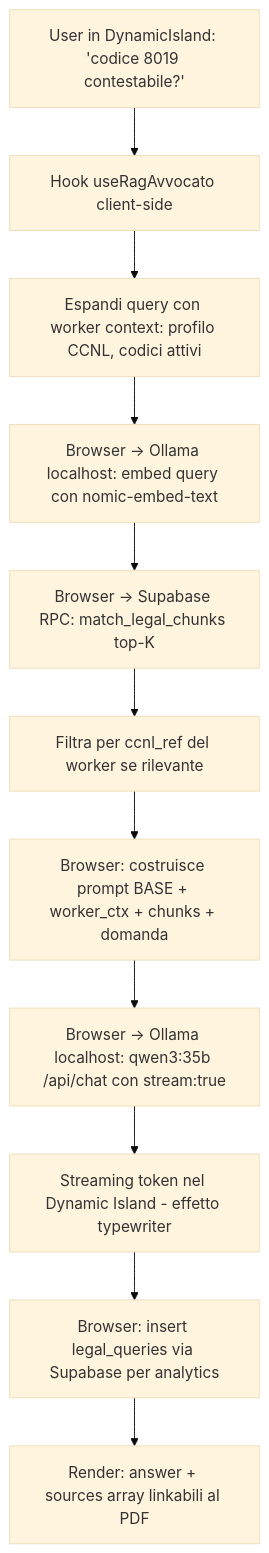
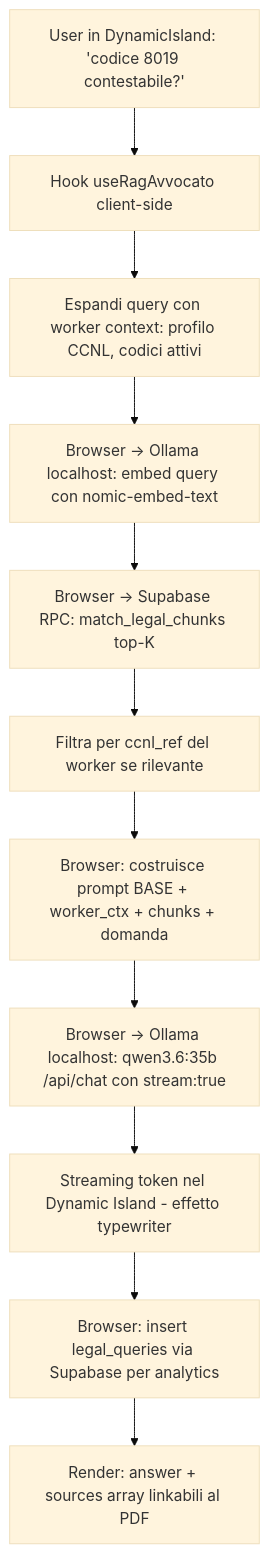
One commit to francescopiomirizzi-max/payslip-scanner changed the third of 3 diagrams in tasks/rag-architecture.md. Above: the diagram before and after it, drawn with Mermaid (base theme). The commit also changed other lines of this file and 19 other files, not shown here.

````diff
--- a/tasks/rag-architecture.md
+++ b/tasks/rag-architecture.md
@@ -377,13 +377,13 @@
 ```mermaid
 flowchart TD
     A[User in DynamicIsland: 'codice 8019 contestabile?'] --> B[Hook useRagAvvocato client-side]
     B --> C[Espandi query con worker context: profilo CCNL, codici attivi]
     C --> D[Browser → Ollama localhost: embed query con nomic-embed-text]
     D --> E[Browser → Supabase RPC: match_legal_chunks top-K]
     E --> F[Filtra per ccnl_ref del worker se rilevante]
     F --> G[Browser: costruisce prompt BASE + worker_ctx + chunks + domanda]
-    G --> H[Browser → Ollama localhost: qwen3:35b /api/chat con stream:true]
+    G --> H[Browser → Ollama localhost: qwen3.6:35b /api/chat con stream:true]
     H --> I[Streaming token nel Dynamic Island - effetto typewriter]
     I --> J[Browser: insert legal_queries via Supabase per analytics]
     J --> K[Render: answer + sources array linkabili al PDF]
 ```
````
